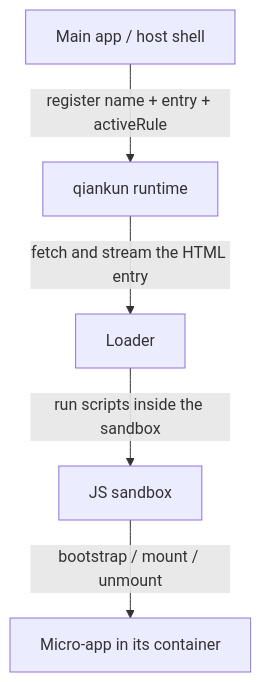
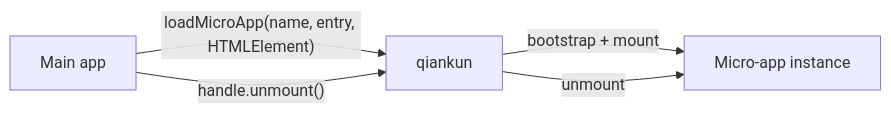
One commit to umijs/qiankun changed the diagram in docs/guide/what-is-qiankun.md. Above: the diagram before and after it, drawn with Mermaid. The commit also changed other lines of this file and 89 other files, not shown here.

Commit message:
docs: make loadMicroApp the primary path

````diff
--- a/docs/guide/what-is-qiankun.md
+++ b/docs/guide/what-is-qiankun.md
@@ -44,7 +40,7 @@
 ```mermaid
-flowchart TD
-  A["Main app / host shell"] -->|"register name + entry + activeRule"| Q["qiankun runtime"]
-  Q -->|"fetch and stream the HTML entry"| L["Loader"]
-  L -->|"run scripts inside the sandbox"| S["JS sandbox"]
-  S -->|"bootstrap / mount / unmount"| M["Micro-app in its container"]
+flowchart LR
+  A["Main app"] -->|"loadMicroApp(name, entry, HTMLElement)"| Q["qiankun"]
+  Q -->|"bootstrap + mount"| M["Micro-app instance"]
+  A -->|"handle.unmount()"| Q
+  Q -->|"unmount"| M
 ```
````
